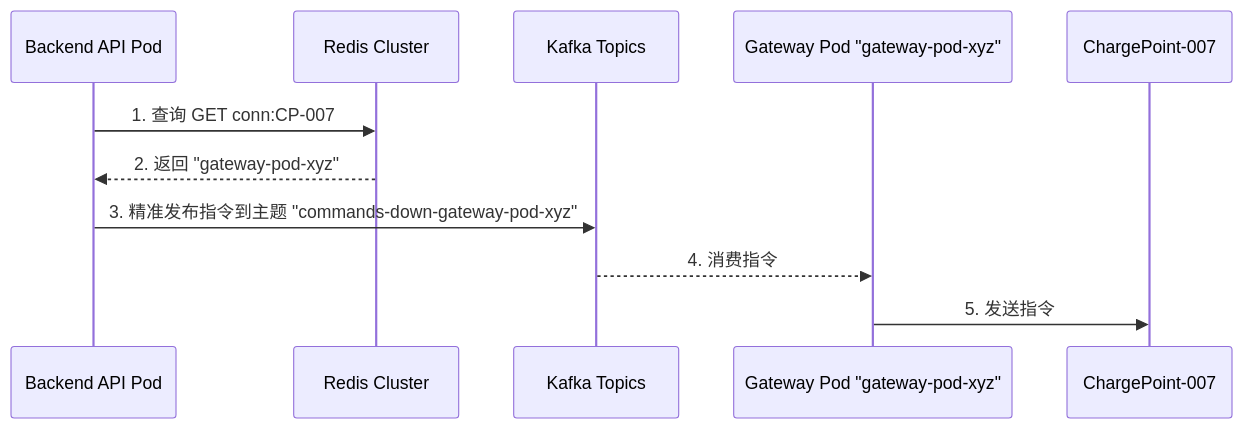
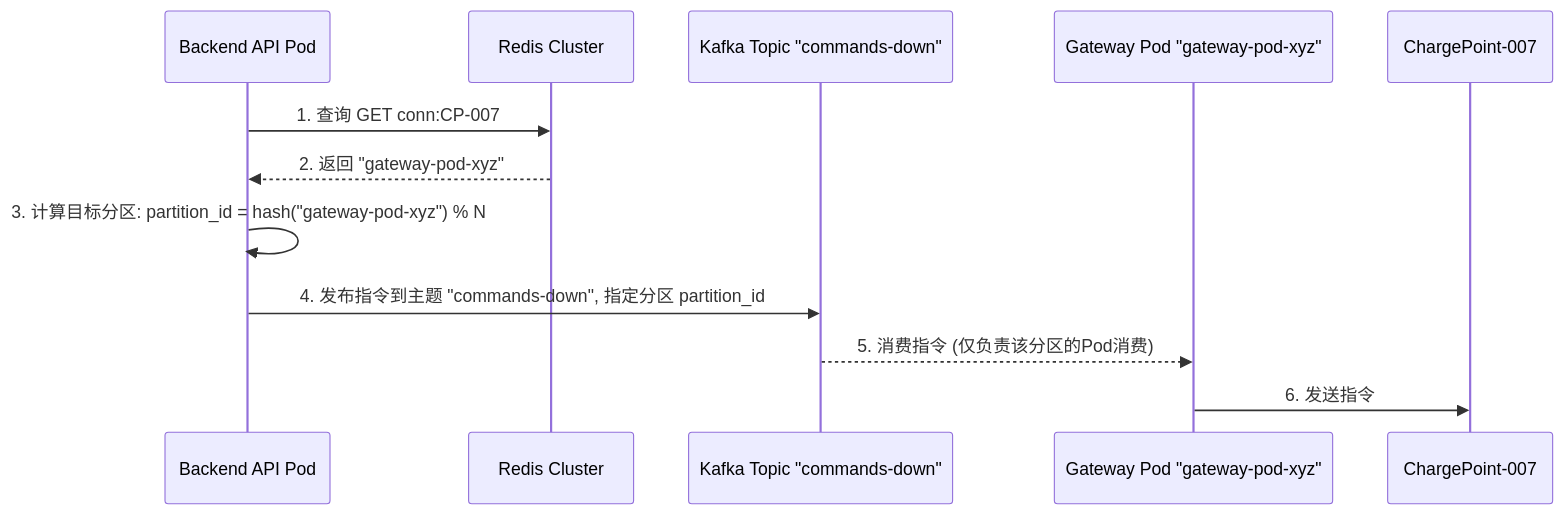
One commit to JamzYang/charging-platform changed the third of 4 diagrams in docs/high_availability_gateway_arch_design.md. Above: the diagram before and after it, drawn with Mermaid. The commit also changed other lines of this file, not shown here.

````diff
--- a/docs/high_availability_gateway_arch_design.md
+++ b/docs/high_availability_gateway_arch_design.md
@@ -135,16 +137,18 @@
 ```mermaid
 sequenceDiagram
     participant BE as Backend API Pod
     participant Redis as Redis Cluster
-    participant Kafka as Kafka Topics
+    participant Kafka as Kafka Topic "commands-down"
     participant GatewayPod as Gateway Pod "gateway-pod-xyz"
     participant CP as ChargePoint-007
 
     BE->>Redis: 1. 查询 GET conn:CP-007
     Redis-->>BE: 2. 返回 "gateway-pod-xyz"
     
-    BE->>Kafka: 3. 精准发布指令到主题 "commands-down-gateway-pod-xyz"
+    BE->>BE: 3. 计算目标分区: partition_id = hash("gateway-pod-xyz") % N
     
-    Kafka-->>GatewayPod: 4. 消费指令
-    GatewayPod->>CP: 5. 发送指令
+    BE->>Kafka: 4. 发布指令到主题 "commands-down", 指定分区 partition_id
+    
+    Kafka-->>GatewayPod: 5. 消费指令 (仅负责该分区的Pod消费)
+    GatewayPod->>CP: 6. 发送指令
 ```
````
